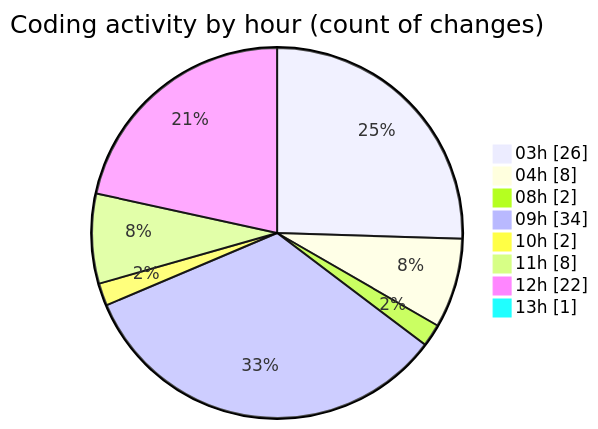
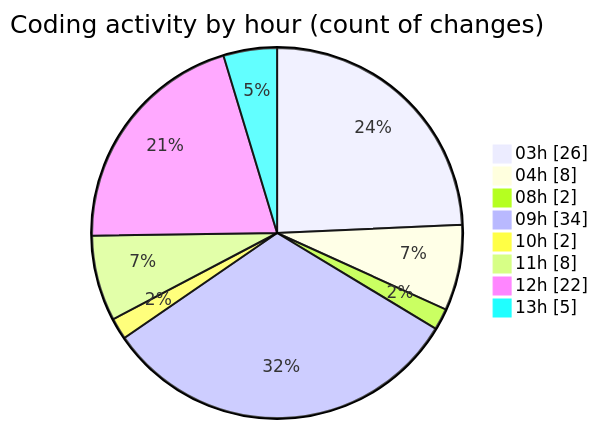
The second of 2 diagrams in 2025-06-20/modeljsondesigner/README.md (JenPaints/code-tracking), drawn with Mermaid before and after one commit. The commit also changed other lines of this file and 1 other file, not shown here.

````diff
--- a/2025-06-20/modeljsondesigner/README.md
+++ b/2025-06-20/modeljsondesigner/README.md
@@ -57,12 +57,12 @@
 ```mermaid
 pie showData
 title Coding activity by hour (count of changes)
 "03h" : 26
 "04h" : 8
 "08h" : 2
 "09h" : 34
 "10h" : 2
 "11h" : 8
 "12h" : 22
-"13h" : 1
+"13h" : 5
 ```
````
